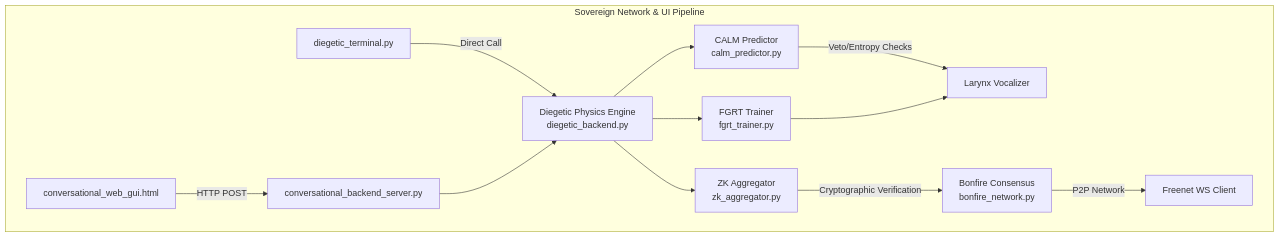
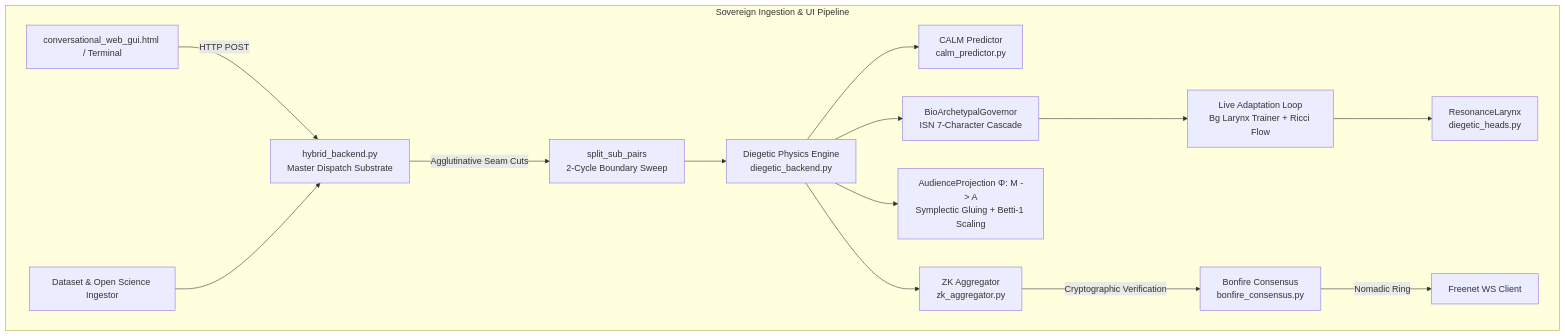
Before and after one commit to ZenoNex/Gyroidic-Sparse-Covariance-Flux-Reasoner: the second of 3 diagrams in docs/SYSTEM_ARCHITECTURE.md, drawn with Mermaid. The commit also changed other lines of this file, not shown here.

````diff
--- a/docs/SYSTEM_ARCHITECTURE.md
+++ b/docs/SYSTEM_ARCHITECTURE.md
@@ -312,17 +320,22 @@
 ```mermaid
 graph TD
-    subgraph "Sovereign Network & UI Pipeline"
-        WebUI[conversational_web_gui.html] -->|HTTP POST| Hyb[conversational_backend_server.py]
-        Dieg[diegetic_terminal.py] -->|Direct Call| DiegEng[Diegetic Physics Engine<br/>diegetic_backend.py]
-        Hyb --> DiegEng
+    subgraph "Sovereign Ingestion & UI Pipeline"
+        WebUI[conversational_web_gui.html / Terminal] -->|HTTP POST| Hyb[hybrid_backend.py<br/>Master Dispatch Substrate]
+        Feeds[Dataset & Open Science Ingestor] --> Hyb
+        
+        Hyb -->|Agglutinative Seam Cuts| SplitSub[split_sub_pairs<br/>2-Cycle Boundary Sweep]
+        SplitSub --> DiegEng[Diegetic Physics Engine<br/>diegetic_backend.py]
         
         DiegEng --> CALM[CALM Predictor<br/>calm_predictor.py]
-        CALM -->|Veto/Entropy Checks| Larynx[Larynx Vocalizer]
-        DiegEng --> FGRT_Train[FGRT Trainer<br/>fgrt_trainer.py]
-        FGRT_Train --> Larynx
+        DiegEng --> ArchGov[BioArchetypalGovernor<br/>ISN 7-Character Cascade]
+        
+        ArchGov --> LiveAdapt[Live Adaptation Loop<br/>Bg Larynx Trainer + Ricci Flow]
+        LiveAdapt --> Larynx[ResonanceLarynx<br/>diegetic_heads.py]
+        
+        DiegEng --> AudMap[AudienceProjection Φ: M -> A<br/>Symplectic Gluing + Betti-1 Scaling]
         
         DiegEng --> ZK[ZK Aggregator<br/>zk_aggregator.py]
-        ZK -->|Cryptographic Verification| Bonfire[Bonfire Consensus<br/>bonfire_network.py]
-        Bonfire -->|P2P Network| Peers[Freenet WS Client]
+        ZK -->|Cryptographic Verification| Bonfire[Bonfire Consensus<br/>bonfire_consensus.py]
+        Bonfire -->|Nomadic Ring| Peers[Freenet WS Client]
     end
 ```
````
